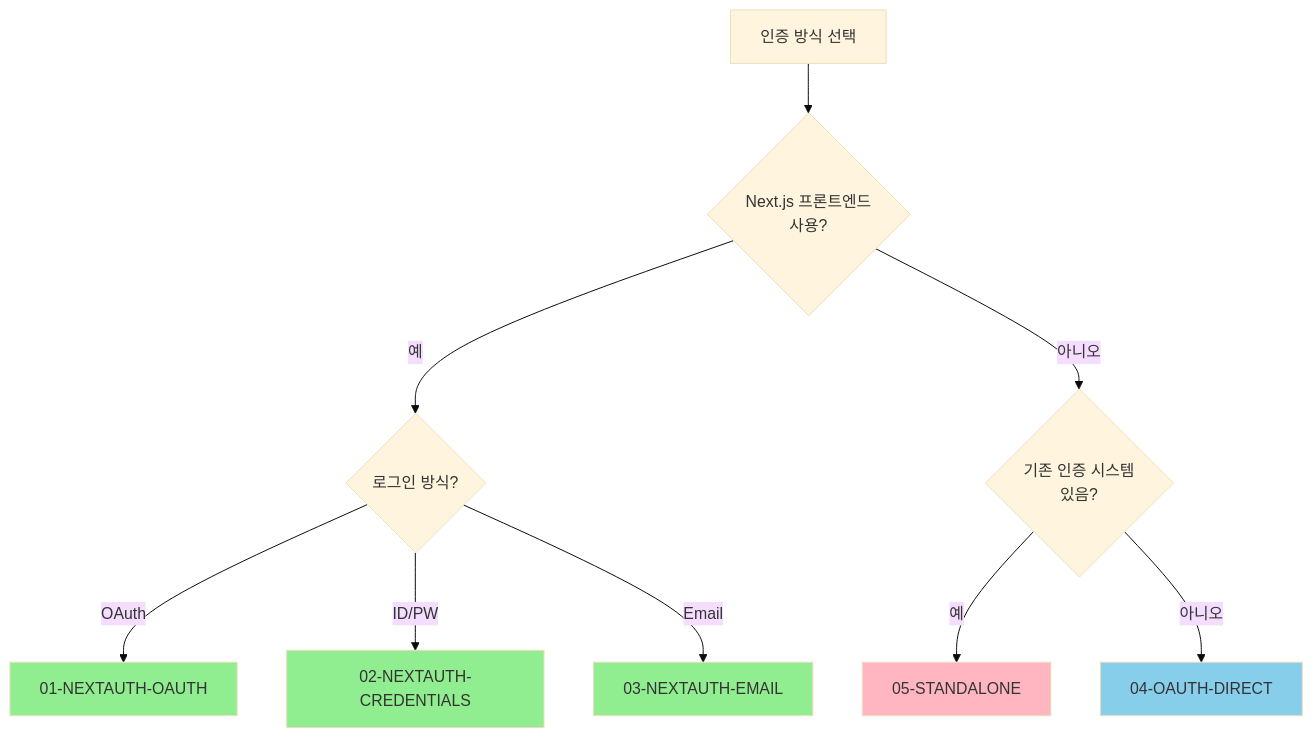
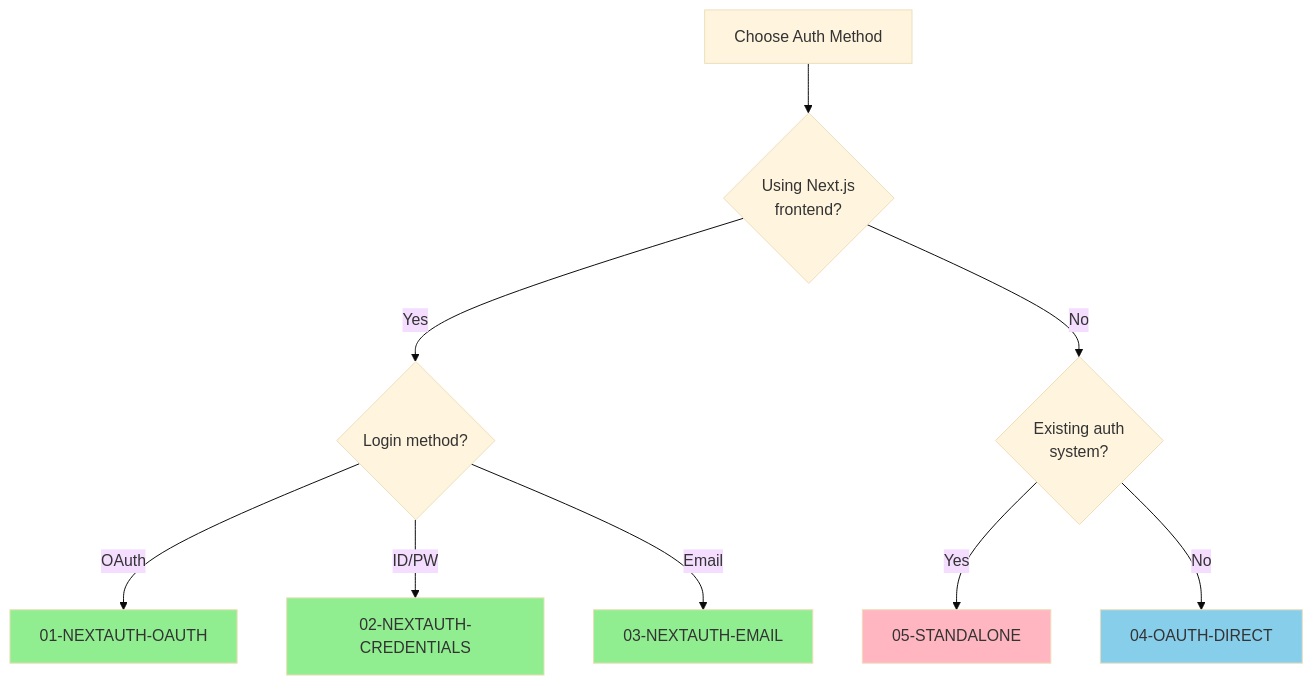
The fourth of 4 diagrams in docs/00-OVERVIEW.md (braincrew-lab/langgraph-chat-ui), drawn with Mermaid (base theme) before and after one commit. The commit also changed other lines of this file and 24 other files, not shown here.

````diff
--- a/docs/00-OVERVIEW.md
+++ b/docs/00-OVERVIEW.md
@@ -113,20 +113,20 @@
 ```mermaid
 flowchart TD
-    Start[인증 방식 선택] --> Q1{Next.js 프론트엔드<br/>사용?}
+    Start[Choose Auth Method] --> Q1{Using Next.js<br/>frontend?}
 
-    Q1 -->|예| Q2{로그인 방식?}
-    Q1 -->|아니오| Q3{기존 인증 시스템<br/>있음?}
+    Q1 -->|Yes| Q2{Login method?}
+    Q1 -->|No| Q3{Existing auth<br/>system?}
 
     Q2 -->|OAuth| A1[01-NEXTAUTH-OAUTH]
     Q2 -->|ID/PW| A2[02-NEXTAUTH-CREDENTIALS]
     Q2 -->|Email| A3[03-NEXTAUTH-EMAIL]
 
-    Q3 -->|예| A5[05-STANDALONE]
-    Q3 -->|아니오| A4[04-OAUTH-DIRECT]
+    Q3 -->|Yes| A5[05-STANDALONE]
+    Q3 -->|No| A4[04-OAUTH-DIRECT]
 
     style A1 fill:#90EE90
     style A2 fill:#90EE90
     style A3 fill:#90EE90
     style A4 fill:#87CEEB
     style A5 fill:#FFB6C1
 ```
````
